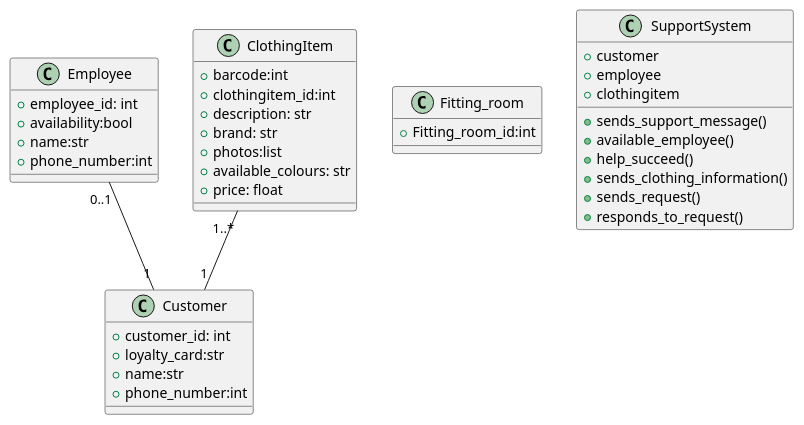
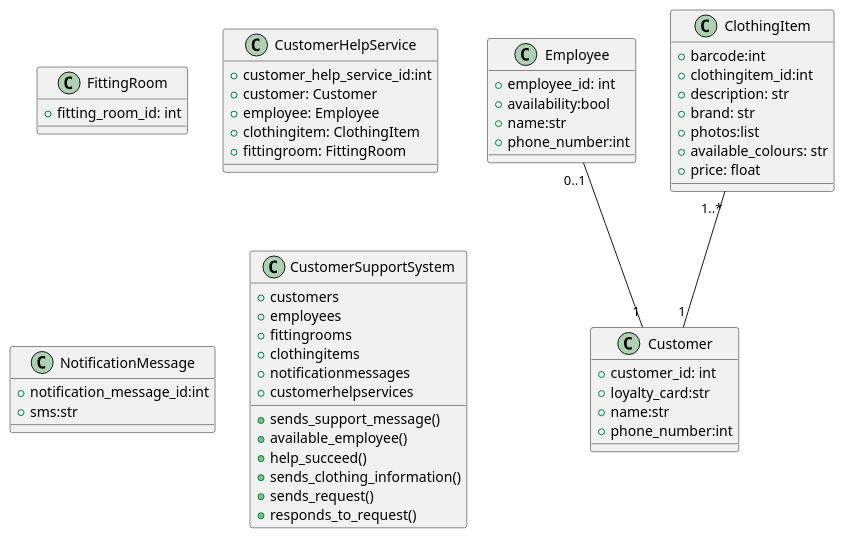
The diagram in Diagrams/class.puml (ap25015-source/efp1-2025-assignment-team18), drawn with PlantUML before and after one commit. The commit also changed 2 other files, not shown here.

```diff
--- a/Diagrams/class.puml
+++ b/Diagrams/class.puml
@@ -1,44 +1,60 @@
 @startuml class
 class Customer {
   +customer_id: int
   +loyalty_card:str
   +name:str
   +phone_number:int
 }
  
 class Employee {
   +employee_id: int
   +availability:bool
   +name:str
   +phone_number:int
 }
  
 class ClothingItem {
   +barcode:int
   +clothingitem_id:int
   +description: str
   +brand: str
   +photos:list
   +available_colours: str
   +price: float
+} 
+
+class FittingRoom {
+  +fitting_room_id: int
+  }
+
+class CustomerHelpService{
+  +customer_help_service_id:int
+  +customer: Customer
+  +employee: Employee
+  +clothingitem: ClothingItem
+  +fittingroom: FittingRoom
+}
+ 
+class NotificationMessage{
+  +notification_message_id:int
+  +sms:str
 }
 
-class Fitting_room{
-  +Fitting_room_id:int
-}
-
-class SupportSystem {
-  +customer
-  +employee
-  +clothingitem
+class CustomerSupportSystem {
+  +customers
+  +employees
+  +fittingrooms
+  +clothingitems
+  +notificationmessages
+  +customerhelpservices
   +sends_support_message()
   +available_employee()
   +help_succeed()
   +sends_clothing_information()
   +sends_request()
   +responds_to_request()
 }
  
 ClothingItem "1..*" -- "1" Customer
 Employee "0..1" -- "1" Customer
 @enduml
```
